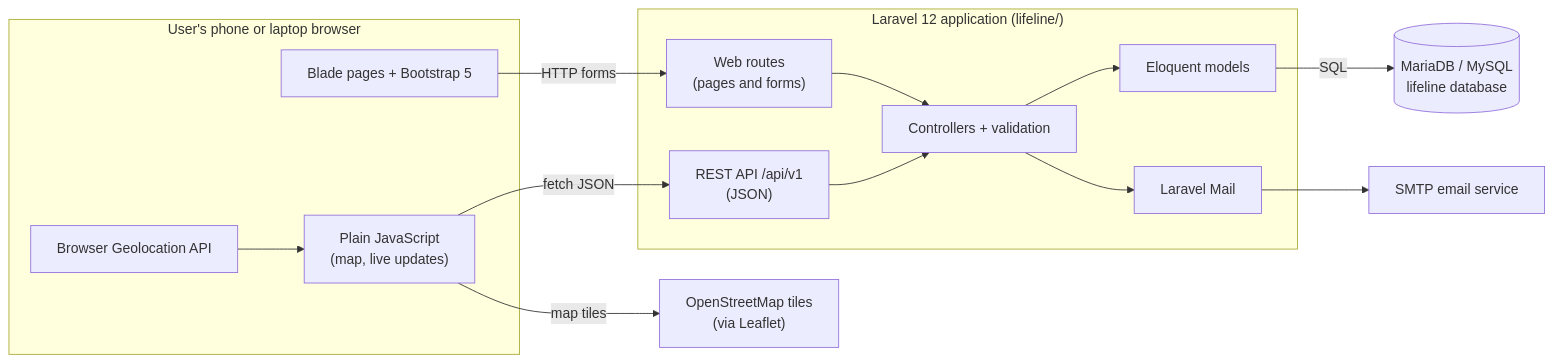
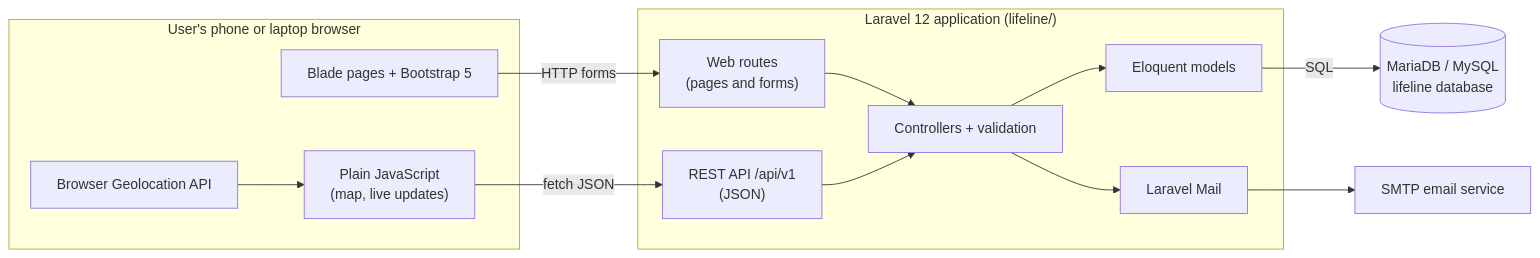
The diagram in docs/architecture.md (KentQuizada/LifeLine), drawn with Mermaid before and after one commit. The commit also changed 40 other files, not shown here.

````diff
--- a/docs/architecture.md
+++ b/docs/architecture.md
@@ -7,31 +7,29 @@
 ```mermaid
 flowchart LR
     subgraph Client["User's phone or laptop browser"]
         Pages["Blade pages + Bootstrap 5"]
         JS["Plain JavaScript<br/>(map, live updates)"]
         Geo["Browser Geolocation API"]
     end
 
     subgraph Server["Laravel 12 application (lifeline/)"]
         Web["Web routes<br/>(pages and forms)"]
         Api["REST API /api/v1<br/>(JSON)"]
         Ctrl["Controllers + validation"]
         Models["Eloquent models"]
         Mail["Laravel Mail"]
     end
 
     DB[("MariaDB / MySQL<br/>lifeline database")]
-    OSM["OpenStreetMap tiles<br/>(via Leaflet)"]
     SMTP["SMTP email service"]
 
     Pages -->|HTTP forms| Web
     JS -->|fetch JSON| Api
     Geo --> JS
-    JS -->|map tiles| OSM
     Web --> Ctrl
     Api --> Ctrl
     Ctrl --> Models
     Models -->|SQL| DB
     Ctrl --> Mail
     Mail --> SMTP
 ```
````
